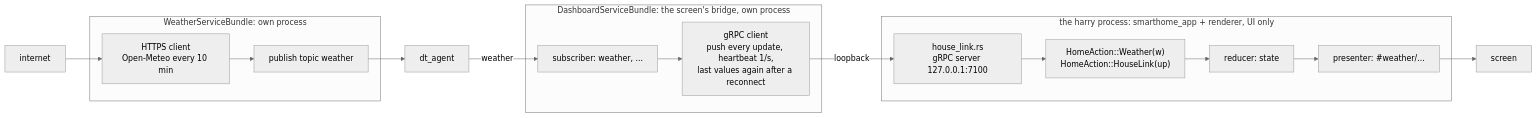
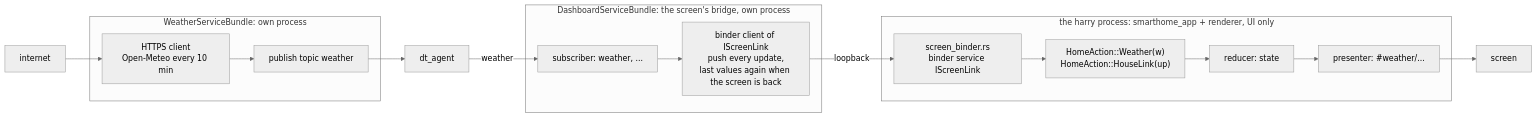
One commit to sdv-everyware/smarthome-app changed the second of 4 diagrams in docs/harry-app-anatomy.md. Above: the diagram before and after it, drawn with Mermaid (neutral theme). The commit also changed other lines of this file, not shown here.

Commit message:
docs: the screen link is binder (sdv-everyware/everyware#67)

````diff
--- a/docs/harry-app-anatomy.md
+++ b/docs/harry-app-anatomy.md
@@ -49,17 +50,17 @@
 ```mermaid
 flowchart LR
     subgraph W["WeatherServiceBundle: own process"]
         H["HTTPS client<br/>Open-Meteo every 10 min"] --> PUB["publish topic weather"]
     end
     DT["dt_agent"]
     subgraph D["DashboardServiceBundle: the screen's bridge, own process"]
-        SUB["subscriber: weather, ..."] --> PUSH["gRPC client<br/>push every update, heartbeat 1/s,<br/>last values again after a reconnect"]
+        SUB["subscriber: weather, ..."] --> PUSH["binder client of IScreenLink<br/>push every update,<br/>last values again when the screen is back"]
     end
     subgraph APP["the harry process: smarthome_app + renderer, UI only"]
-        SRV["house_link.rs<br/>gRPC server 127.0.0.1:7100"] --> ACT["HomeAction::Weather(w)<br/>HomeAction::HouseLink(up)"] --> R["reducer: state"] --> P["presenter: #weather/..."]
+        SRV["screen_binder.rs<br/>binder service IScreenLink"] --> ACT["HomeAction::Weather(w)<br/>HomeAction::HouseLink(up)"] --> R["reducer: state"] --> P["presenter: #weather/..."]
     end
     NET["internet"] --> H
     PUB --> DT -- "weather" --> SUB
     PUSH -- "loopback" --> SRV
     P --> S["screen"]
 ```
````
